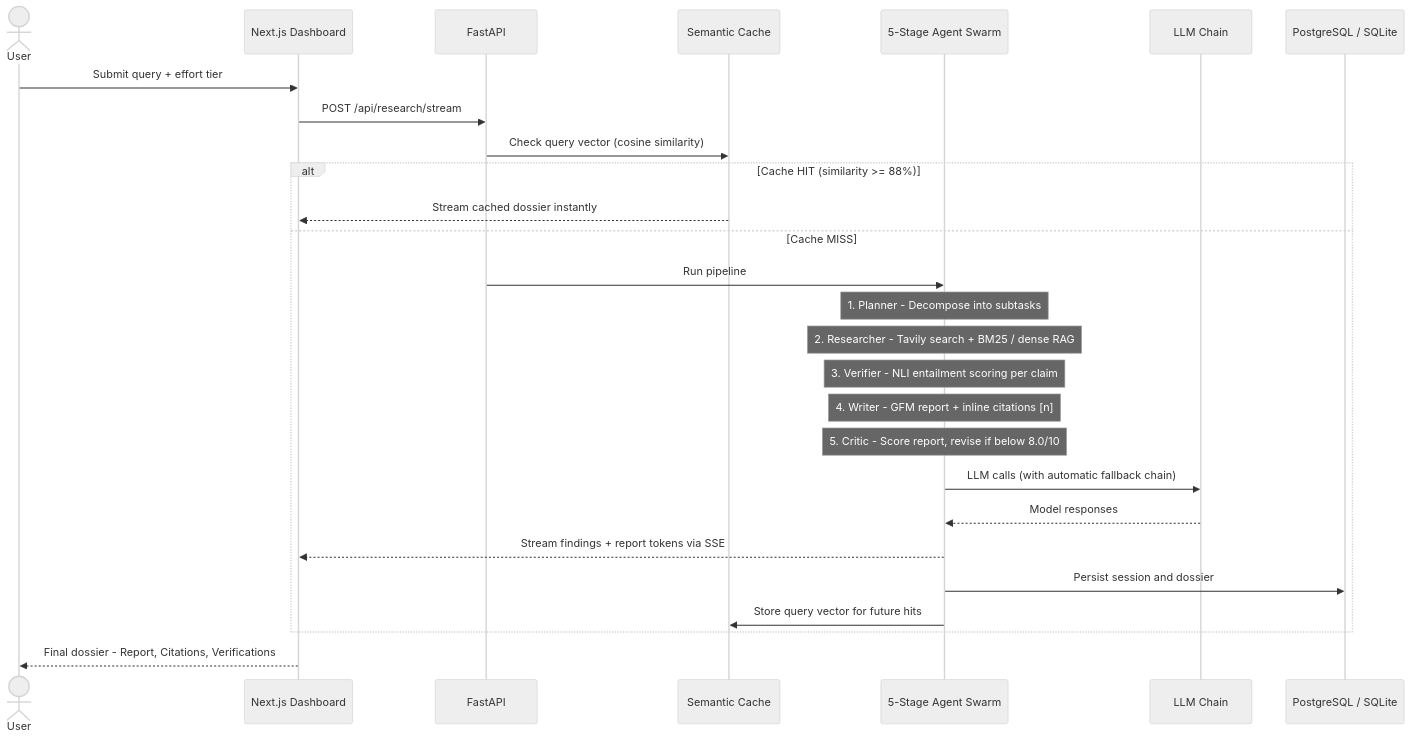
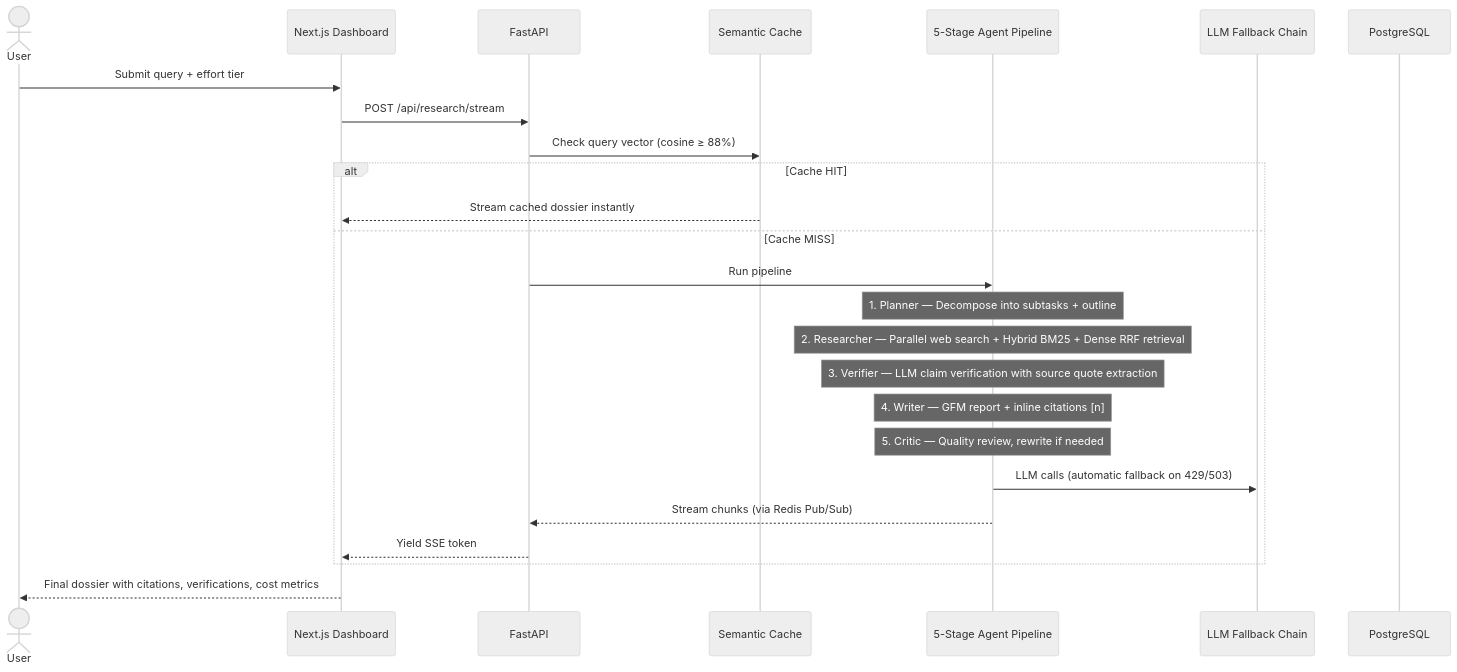
One commit to LaxmiNarayana31/agentic-research-engine changed the second of 2 diagrams in README.md. Above: the diagram before and after it, drawn with Mermaid (neutral theme). The commit also changed other lines of this file and 3 other files, not shown here.

Commit message:
feat: add backend API, multi-agent orchestration graph, and frontend UI for research assistant application

````diff
--- a/README.md
+++ b/README.md
@@ -151,32 +122,30 @@
 ```mermaid
 sequenceDiagram
     actor User as User
     participant UI as Next.js Dashboard
     participant API as FastAPI
     participant Cache as Semantic Cache
-    participant Agents as 5-Stage Agent Swarm
-    participant LLM as LLM Chain
-    participant DB as PostgreSQL / SQLite
+    participant Agents as 5-Stage Agent Pipeline
+    participant LLM as LLM Fallback Chain
+    participant DB as PostgreSQL
 
     User->>UI: Submit query + effort tier
     UI->>API: POST /api/research/stream
-    API->>Cache: Check query vector (cosine similarity)
+    API->>Cache: Check query vector (cosine ≥ 88%)
 
-    alt Cache HIT (similarity >= 88%)
+    alt Cache HIT
         Cache-->>UI: Stream cached dossier instantly
     else Cache MISS
         API->>Agents: Run pipeline
-        Note over Agents: 1. Planner - Decompose into subtasks
-        Note over Agents: 2. Researcher - Tavily search + BM25 / dense RAG
-        Note over Agents: 3. Verifier - NLI entailment scoring per claim
-        Note over Agents: 4. Writer - GFM report + inline citations [n]
-        Note over Agents: 5. Critic - Score report, revise if below 8.0/10
-        Agents->>LLM: LLM calls (with automatic fallback chain)
-        LLM-->>Agents: Model responses
-        Agents-->>UI: Stream findings + report tokens via SSE
-        Agents->>DB: Persist session and dossier
-        Agents->>Cache: Store query vector for future hits
+        Note over Agents: 1. Planner — Decompose into subtasks + outline
+        Note over Agents: 2. Researcher — Parallel web search + Hybrid BM25 + Dense RRF retrieval
+        Note over Agents: 3. Verifier — LLM claim verification with source quote extraction
+        Note over Agents: 4. Writer — GFM report + inline citations [n]
+        Note over Agents: 5. Critic — Quality review, rewrite if needed
+        Agents->>LLM: LLM calls (automatic fallback on 429/503)
+        Agents-->>API: Stream chunks (via Redis Pub/Sub)
+        API-->>UI: Yield SSE token
     end
 
-    UI-->>User: Final dossier - Report, Citations, Verifications
+    UI-->>User: Final dossier with citations, verifications, cost metrics
 ```
````
